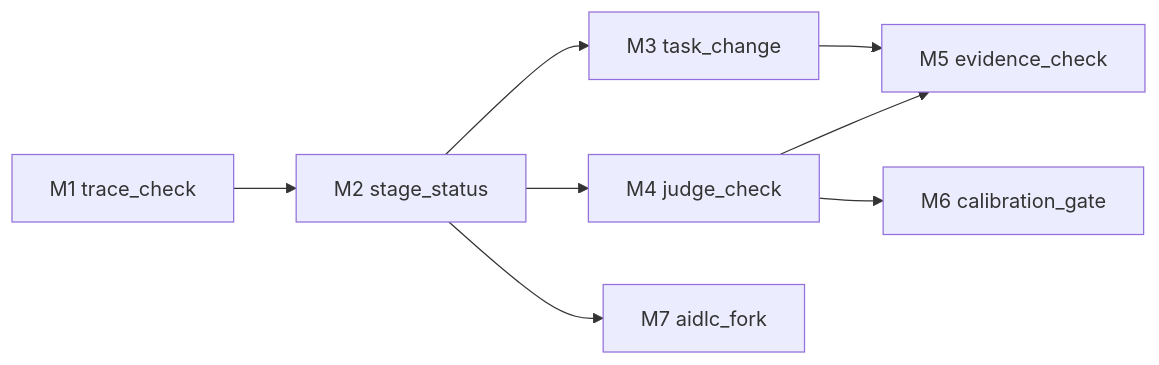
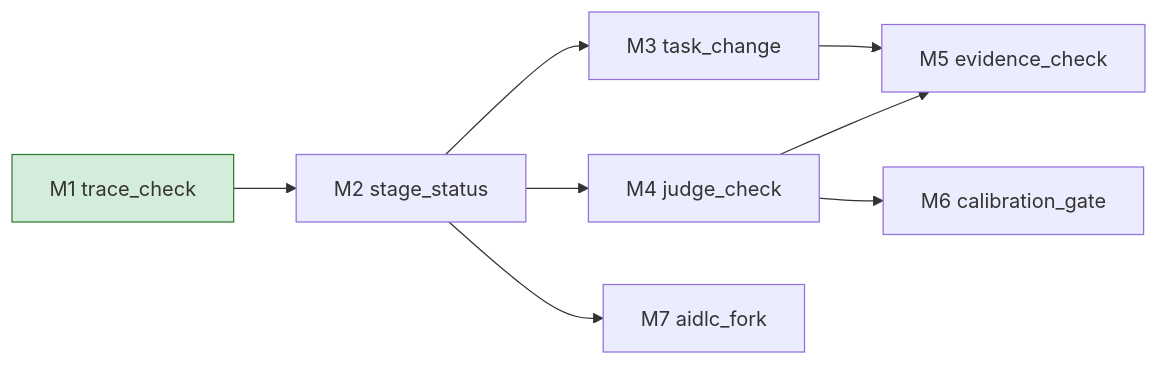
One commit to nullrul/earnest changed the diagram in docs/design/03-implementation-plan.md. Above: the diagram before and after it, drawn with Mermaid. The commit also changed 3 other files, not shown here.

````diff
--- a/docs/design/03-implementation-plan.md
+++ b/docs/design/03-implementation-plan.md
@@ -15,11 +15,12 @@
 ```mermaid
 flowchart LR
   M1["M1 trace_check"] --> M2["M2 stage_status"]
   M2 --> M3["M3 task_change"]
   M2 --> M4["M4 judge_check"]
   M2 --> M7["M7 aidlc_fork"]
   M3 --> M5["M5 evidence_check"]
   M4 --> M5
   M4 --> M6["M6 calibration_gate"]
   classDef done fill:#d4edda,stroke:#2e7d32
+  class M1 done
 ```
````
